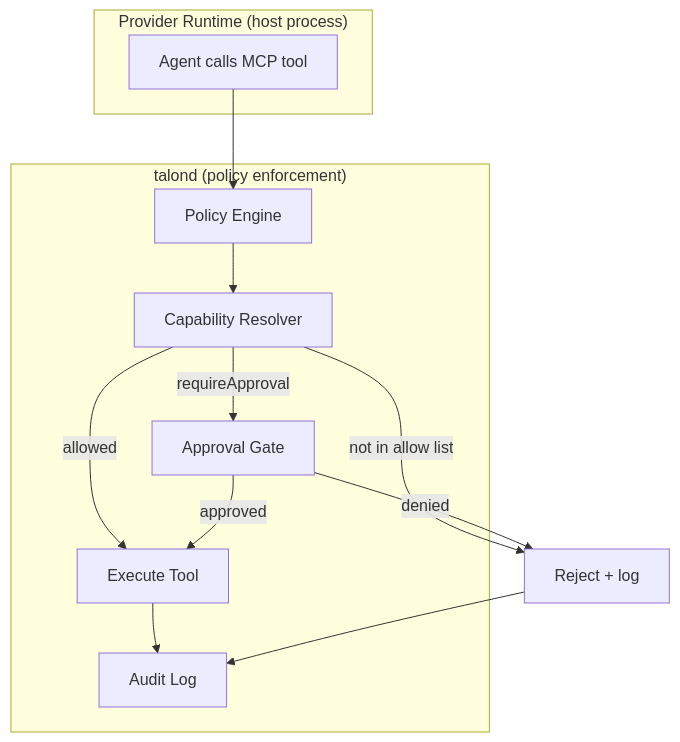
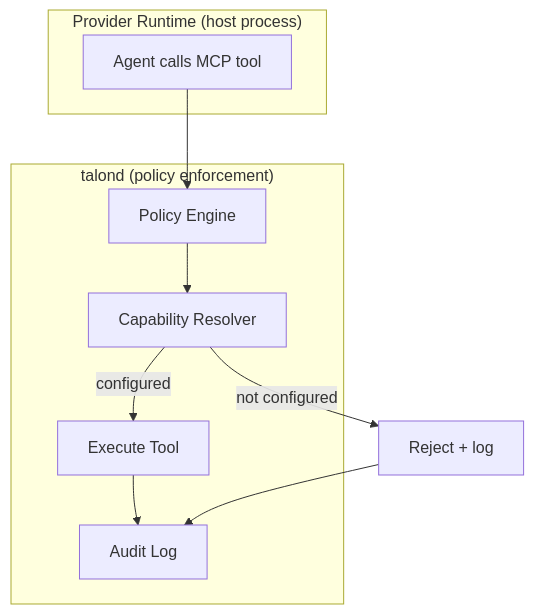
Before and after one commit to ivo-toby/talon: the fourth of 5 diagrams in README.md, drawn with Mermaid. The commit also changed other lines of this file and 1 other file, not shown here.

````diff
--- a/README.md
+++ b/README.md
@@ -2115,24 +2126,20 @@
 ```mermaid
 flowchart TB
     subgraph "Provider Runtime (host process)"
         Agent["Agent calls MCP tool"]
     end
 
     subgraph "talond (policy enforcement)"
         PR[Policy Engine]
         CR[Capability Resolver]
-        AG[Approval Gate]
         EX[Execute Tool]
         AU[Audit Log]
     end
 
     Agent --> PR
     PR --> CR
-    CR -->|not in allow list| R[Reject + log]
-    CR -->|allowed| EX
-    CR -->|requireApproval| AG
-    AG -->|approved| EX
-    AG -->|denied| R
+    CR -->|not configured| R[Reject + log]
+    CR -->|configured| EX
     EX --> AU
     R --> AU
 ```
````
